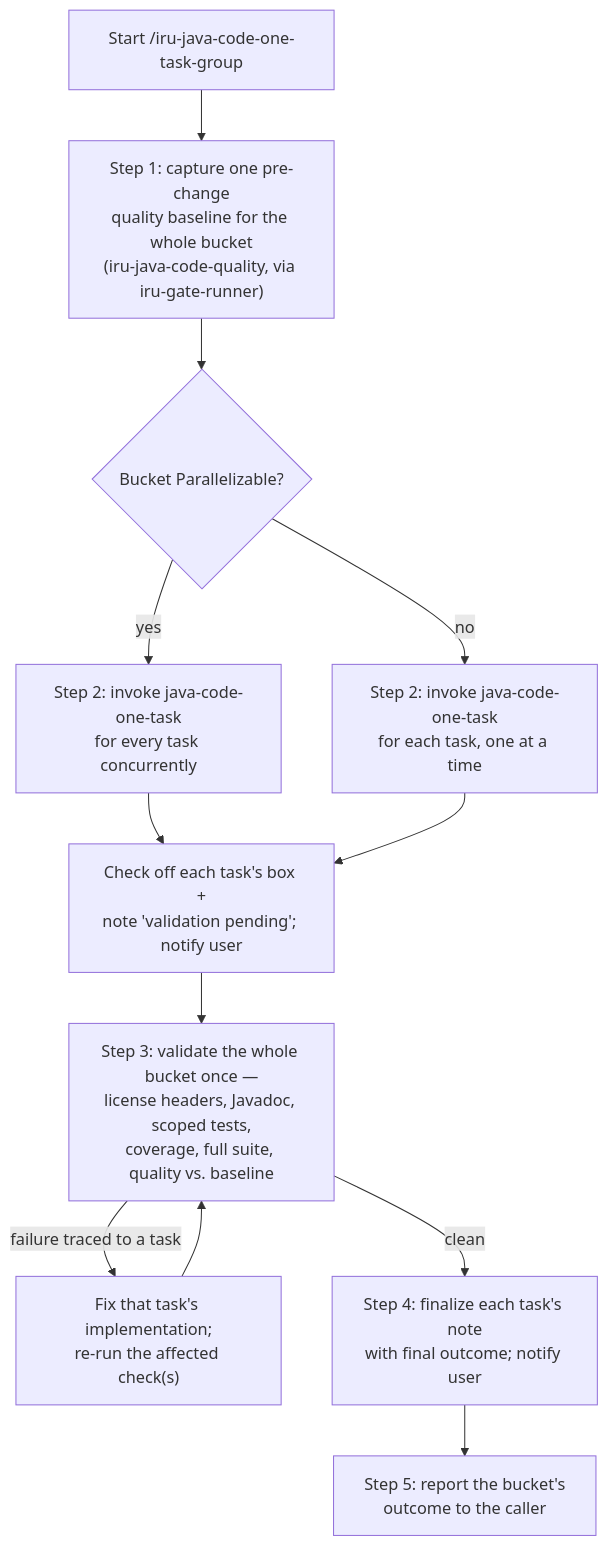
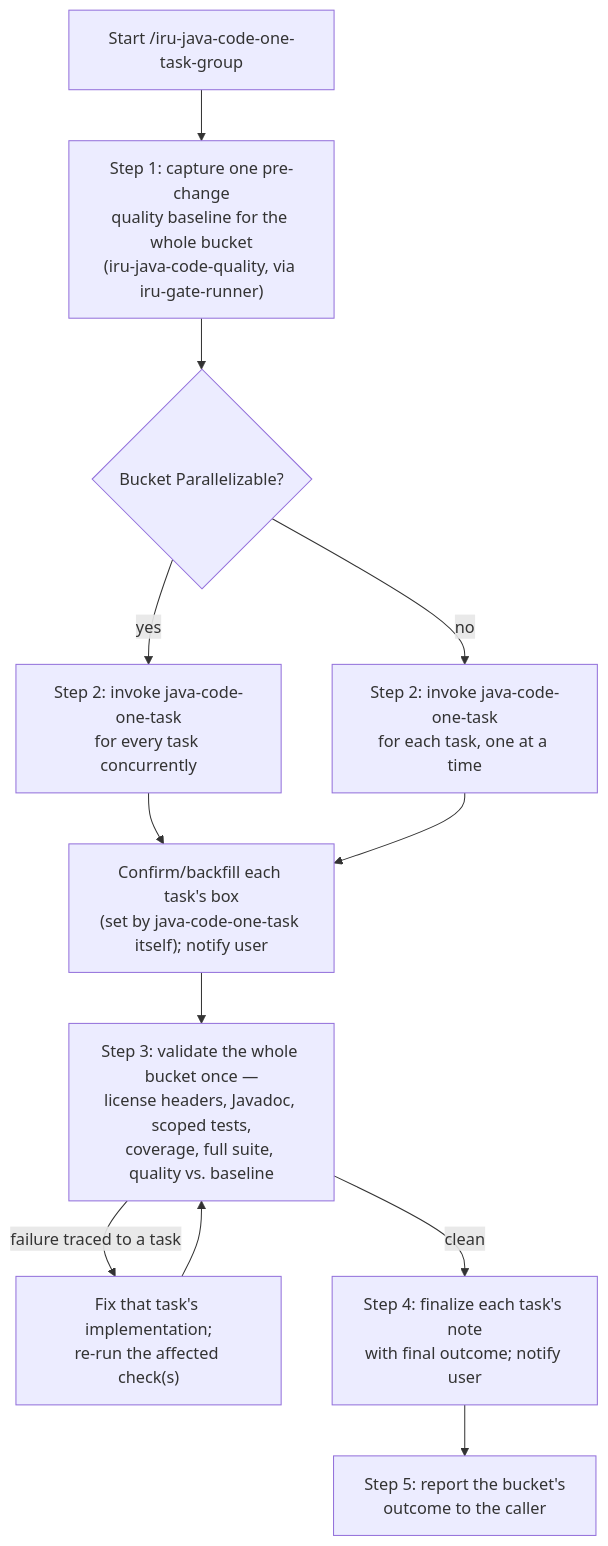
Before and after one commit to albertoirurueta/ai-catalog: the diagram in docs/modules/ROOT/pages/skills/iru-java-code-one-task-group.adoc, drawn with Mermaid. The commit also changed other lines of this file and 3 other files, not shown here.

```diff
--- a/docs/modules/ROOT/pages/skills/iru-java-code-one-task-group.adoc
+++ b/docs/modules/ROOT/pages/skills/iru-java-code-one-task-group.adoc
@@ -64,15 +67,15 @@
 [mermaid]
 ....
 flowchart TD
     A[Start /iru-java-code-one-task-group] --> B["Step 1: capture one pre-change\nquality baseline for the whole bucket\n(iru-java-code-quality, via iru-gate-runner)"]
     B --> C{Bucket Parallelizable?}
     C -- yes --> D["Step 2: invoke java-code-one-task\nfor every task concurrently"]
     C -- no --> E["Step 2: invoke java-code-one-task\nfor each task, one at a time"]
-    D --> F["Check off each task's box +\nnote 'validation pending'; notify user"]
+    D --> F["Confirm/backfill each task's box\n(set by java-code-one-task itself); notify user"]
     E --> F
     F --> G["Step 3: validate the whole bucket once —\nlicense headers, Javadoc, scoped tests,\ncoverage, full suite, quality vs. baseline"]
     G -- failure traced to a task --> H["Fix that task's implementation;\nre-run the affected check(s)"]
     H --> G
     G -- clean --> I["Step 4: finalize each task's note\nwith final outcome; notify user"]
     I --> J["Step 5: report the bucket's\noutcome to the caller"]
 ....
```
